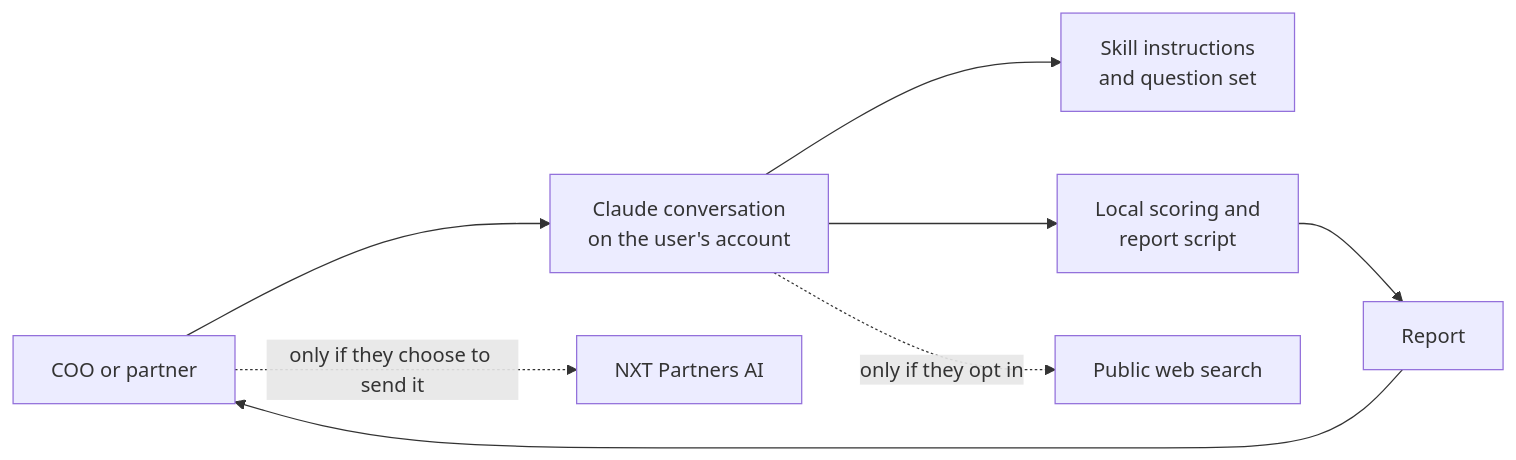
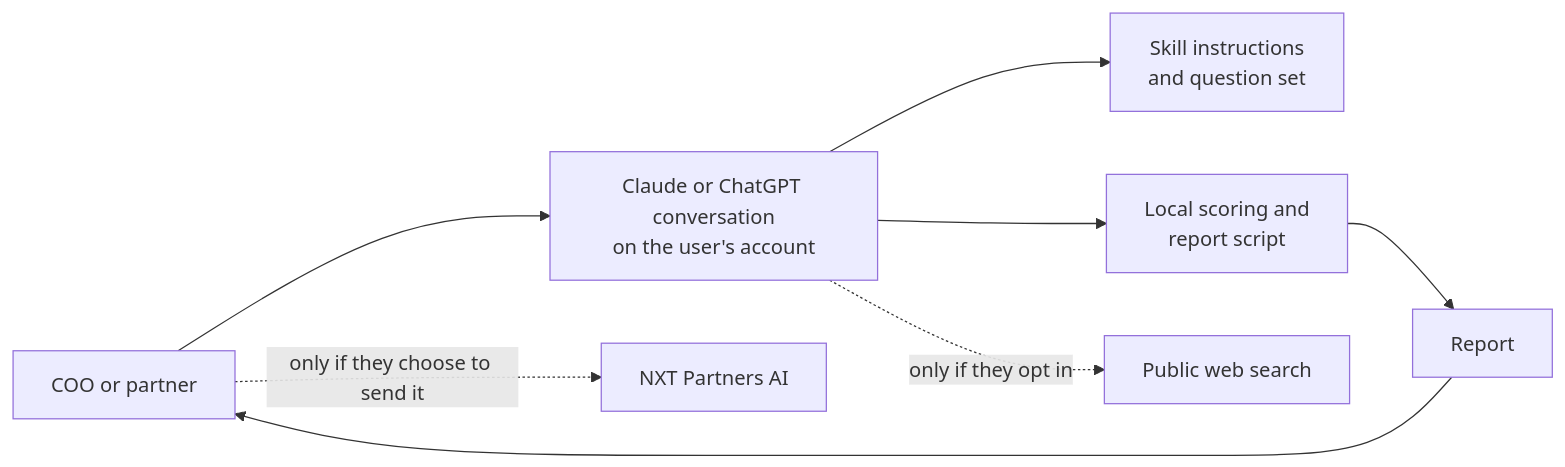
Before and after one commit to nxtpartners/nxt-fund-blueprint: the second of 2 diagrams in README.md, drawn with Mermaid. The commit also changed other lines of this file and 3 other files, not shown here.

Commit message:
README, privacy page, and review note cover ChatGPT: install in Work, reply format, asking by name to run again, and where answers go on each platform

````diff
--- a/README.md
+++ b/README.md
@@ -126,10 +135,10 @@
 ```mermaid
 flowchart LR
-    U[COO or partner] --> C[Claude conversation<br/>on the user's account]
+    U[COO or partner] --> C[Claude or ChatGPT conversation<br/>on the user's account]
     C --> S[Skill instructions<br/>and question set]
     C --> R[Local scoring and<br/>report script]
     C -. only if they opt in .-> W[Public web search]
     R --> B[Report]
     B --> U
     U -. only if they choose to send it .-> N[NXT Partners AI]
 ```
````
